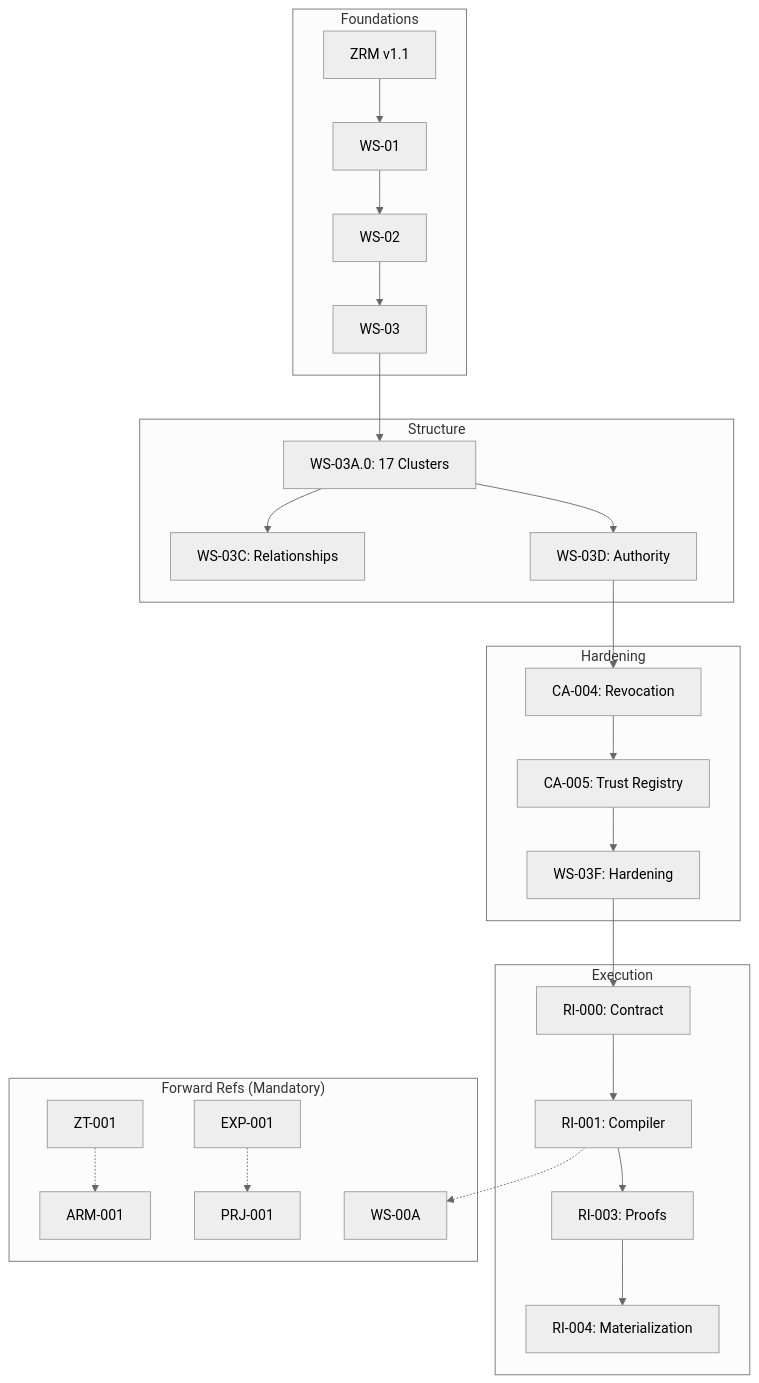
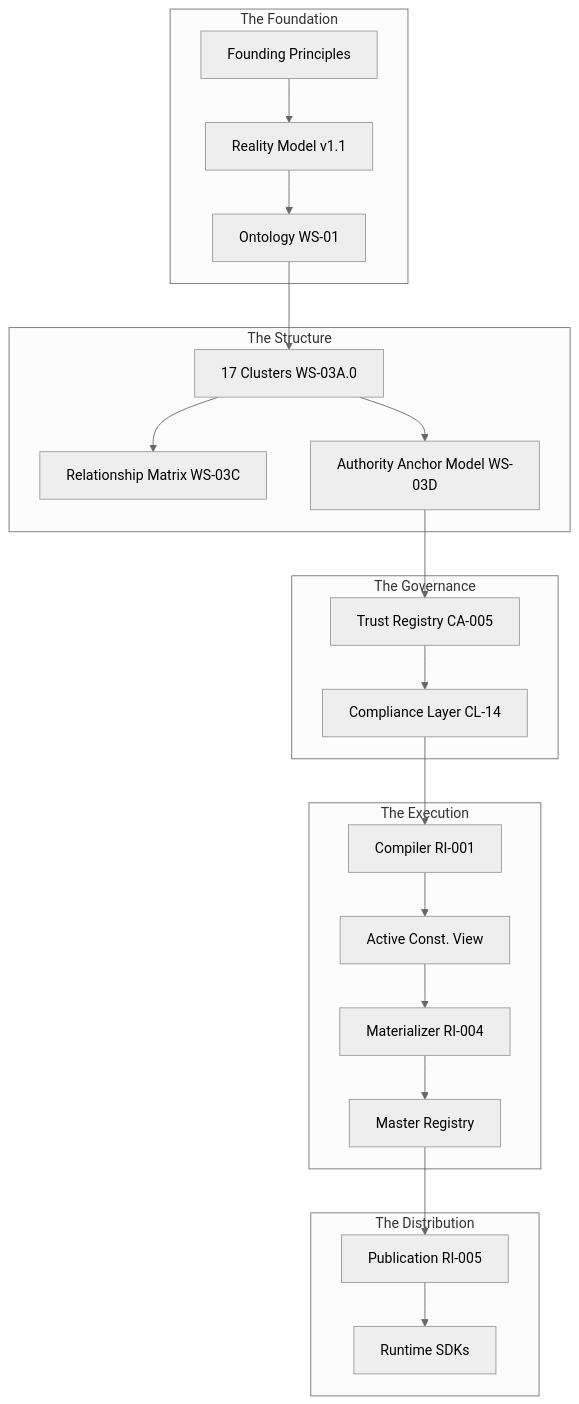
Before and after one commit to aly-samy/Zrm: the diagram in ZYPPI_CONSTITUTIONAL_STATE_OF_THE_UNION_v1.1.md, drawn with Mermaid (neutral theme). The commit also changed other lines of this file and 2 other files, not shown here.

````diff
--- a/ZYPPI_CONSTITUTIONAL_STATE_OF_THE_UNION_v1.1.md
+++ b/ZYPPI_CONSTITUTIONAL_STATE_OF_THE_UNION_v1.1.md
@@ -187,33 +32,30 @@
 ```mermaid
 graph TD
-    subgraph Foundations
-        ZRM[ZRM v1.1] --> WS01[WS-01]
-        WS01 --> WS02[WS-02]
-        WS02 --> WS03[WS-03]
+    subgraph "The Foundation"
+        FP[Founding Principles] --> ZRM[Reality Model v1.1]
+        ZRM --> ONT[Ontology WS-01]
     end
 
-    subgraph Structure
-        WS03 --> WS03A[WS-03A.0: 17 Clusters]
-        WS03A --> WS03C[WS-03C: Relationships]
-        WS03A --> WS03D[WS-03D: Authority]
+    subgraph "The Structure"
+        ONT --> CLS[17 Clusters WS-03A.0]
+        CLS --> REL[Relationship Matrix WS-03C]
+        CLS --> AUTH[Authority Anchor Model WS-03D]
     end
 
-    subgraph Hardening
-        WS03D --> CA004[CA-004: Revocation]
-        CA004 --> CA005[CA-005: Trust Registry]
-        CA005 --> WS03F[WS-03F: Hardening]
+    subgraph "The Governance"
+        AUTH --> TRST[Trust Registry CA-005]
+        TRST --> COMP[Compliance Layer CL-14]
     end
 
-    subgraph Execution
-        WS03F --> RI000[RI-000: Contract]
-        RI000 --> RI001[RI-001: Compiler]
-        RI001 --> RI003[RI-003: Proofs]
-        RI003 --> RI004[RI-004: Materialization]
+    subgraph "The Execution"
+        COMP --> COMPL[Compiler RI-001]
+        COMPL --> ACV[Active Const. View]
+        ACV --> MAT[Materializer RI-004]
+        MAT --> REG[Master Registry]
     end
 
-    subgraph "Forward Refs (Mandatory)"
-        ZT001[ZT-001] -.-> ARM[ARM-001]
-        EXP001[EXP-001] -.-> PRJ001[PRJ-001]
-        RI001 -.-> WS00A[WS-00A]
+    subgraph "The Distribution"
+        REG --> PUB[Publication RI-005]
+        PUB --> SDK[Runtime SDKs]
     end
 ```
````
